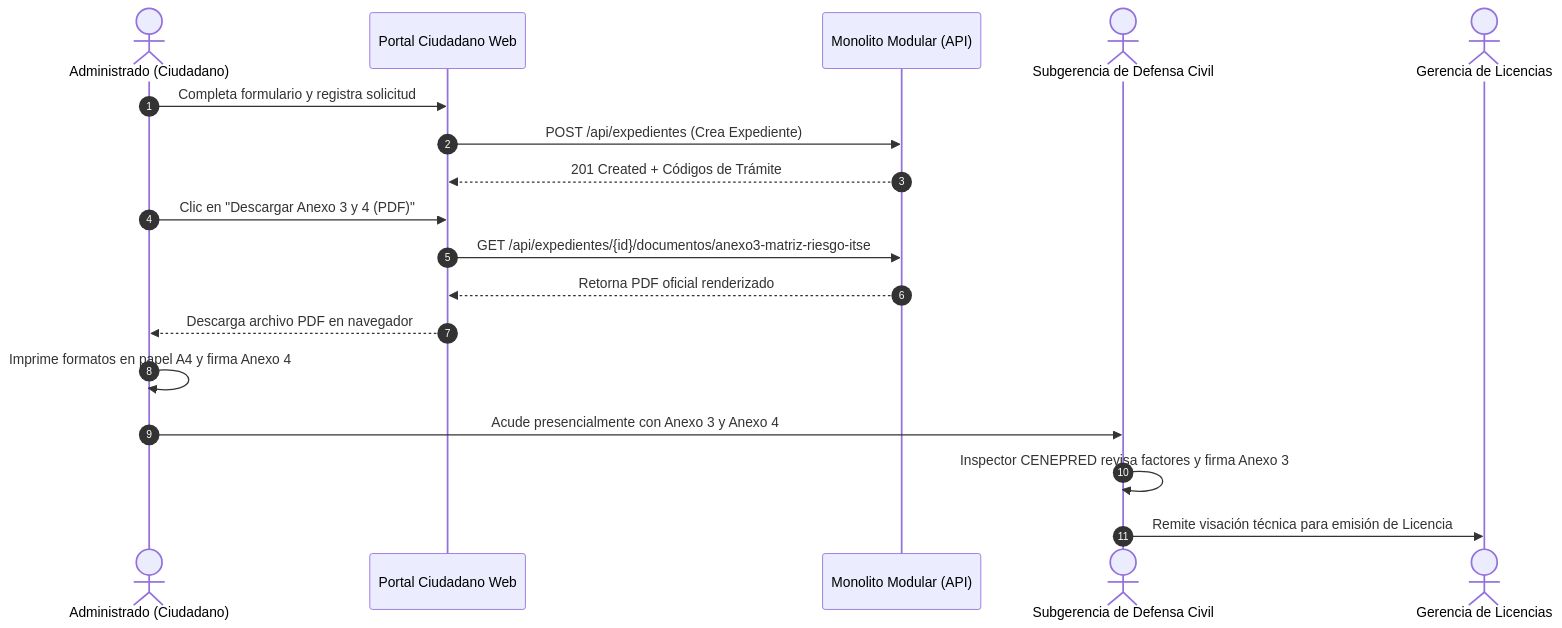
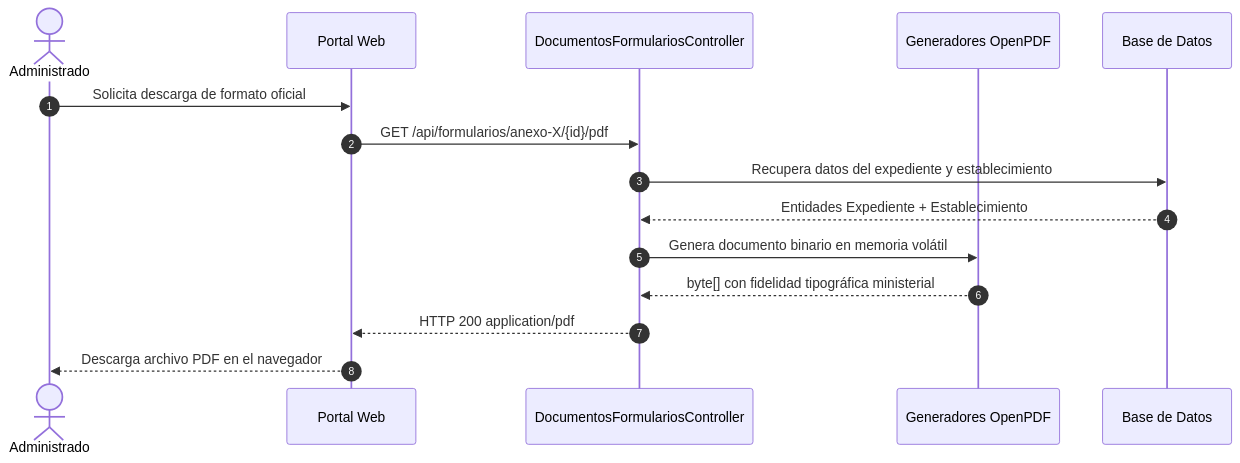
The second of 2 diagrams in docs/arquitectura/diseno-arquitectonico-monolito-modular-clean-architecture.md (Issirc20/MuniHuamanga), drawn with Mermaid before and after one commit. The commit also changed other lines of this file and 4 other files, not shown here.

Commit message:
docs(architecture): consolidar estilo enfoque C4 y diseno V2

````diff
--- a/docs/arquitectura/diseno-arquitectonico-monolito-modular-clean-architecture.md
+++ b/docs/arquitectura/diseno-arquitectonico-monolito-modular-clean-architecture.md
@@ -244,21 +76,18 @@
 ```mermaid
 sequenceDiagram
     autonumber
-    actor C as Administrado (Ciudadano)
-    participant Portal as Portal Ciudadano Web
-    participant Monolito as Monolito Modular (API)
-    actor DC as Subgerencia de Defensa Civil
-    actor GL as Gerencia de Licencias
+    actor C as Administrado
+    participant W as Portal Web
+    participant S as DocumentosFormulariosController
+    participant G as Generadores OpenPDF
+    participant DB as Base de Datos
 
-    C->>Portal: Completa formulario y registra solicitud
-    Portal->>Monolito: POST /api/expedientes (Crea Expediente)
-    Monolito-->>Portal: 201 Created + Códigos de Trámite
-    C->>Portal: Clic en "Descargar Anexo 3 y 4 (PDF)"
-    Portal->>Monolito: GET /api/expedientes/{id}/documentos/anexo3-matriz-riesgo-itse
-    Monolito-->>Portal: Retorna PDF oficial renderizado
-    Portal-->>C: Descarga archivo PDF en navegador
-    C->>C: Imprime formatos en papel A4 y firma Anexo 4
-    C->>DC: Acude presencialmente con Anexo 3 y Anexo 4
-    DC->>DC: Inspector CENEPRED revisa factores y firma Anexo 3
-    DC->>GL: Remite visación técnica para emisión de Licencia
+    C->>W: Solicita descarga de formato oficial
+    W->>S: GET /api/formularios/anexo-X/{id}/pdf
+    S->>DB: Recupera datos del expediente y establecimiento
+    DB-->>S: Entidades Expediente + Establecimiento
+    S->>G: Genera documento binario en memoria volátil
+    G-->>S: byte[] con fidelidad tipográfica ministerial
+    S-->>W: HTTP 200 application/pdf
+    W-->>C: Descarga archivo PDF en el navegador
 ```
````
